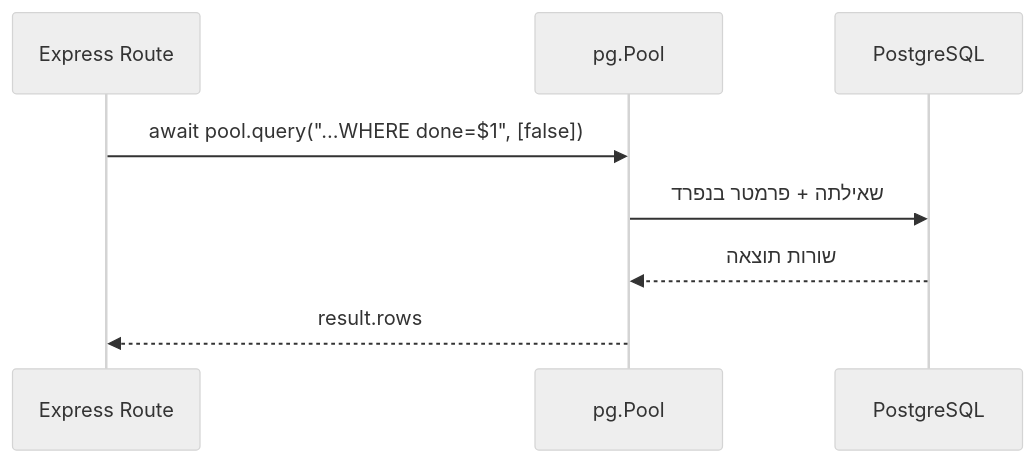
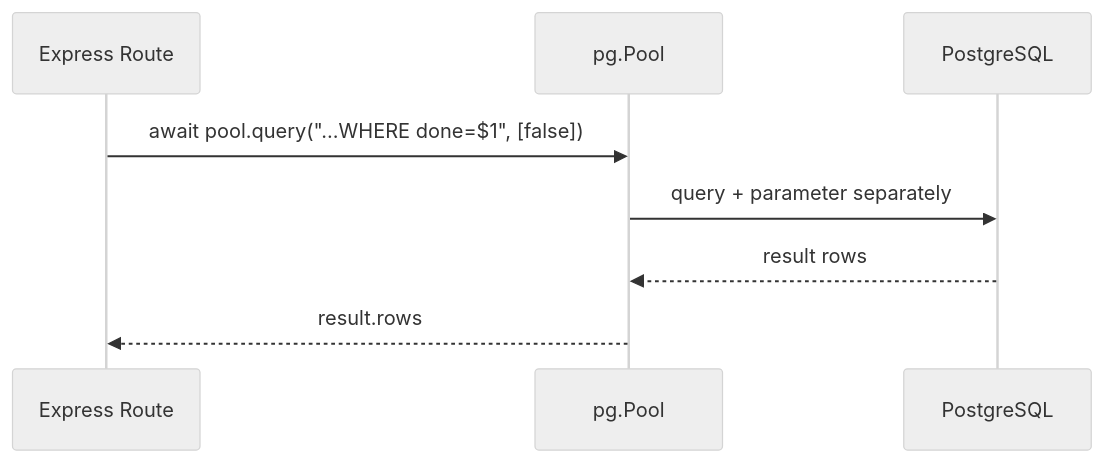
Before and after one commit to neriyaMalachi/FullStack_kodkode_5: the diagram in content/docs/databases/48-sql-node-content.md, drawn with Mermaid (neutral theme). The commit also changed other lines of this file and 117 other files, not shown here.

````diff
--- a/content/docs/databases/48-sql-node-content.md
+++ b/content/docs/databases/48-sql-node-content.md
@@ -47,10 +47,10 @@
 ```mermaid
 sequenceDiagram
     participant App as Express Route
     participant Pool as pg.Pool
     participant DB as PostgreSQL
     App->>Pool: await pool.query("...WHERE done=$1", [false])
-    Pool->>DB: שאילתה + פרמטר בנפרד
-    DB-->>Pool: שורות תוצאה
+    Pool->>DB: query + parameter separately
+    DB-->>Pool: result rows
     Pool-->>App: result.rows
 ```
````
